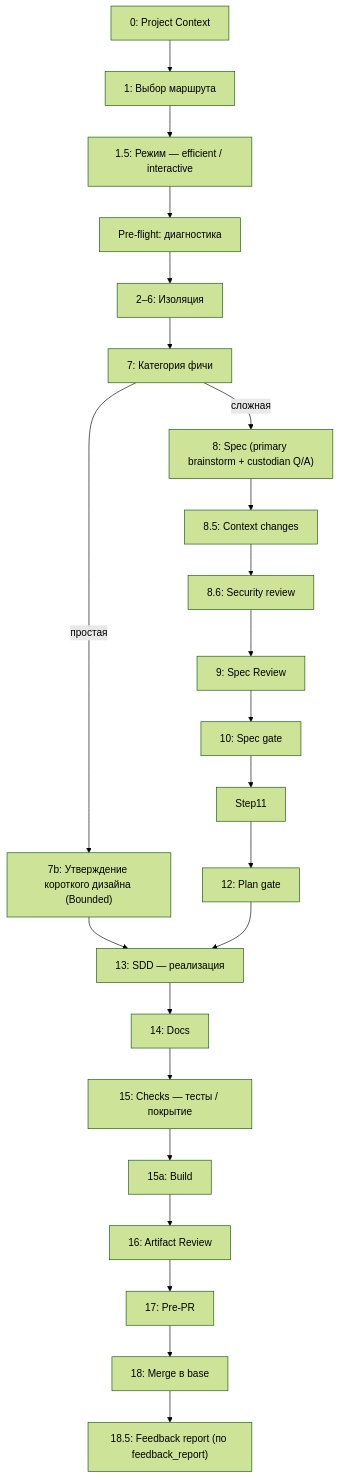
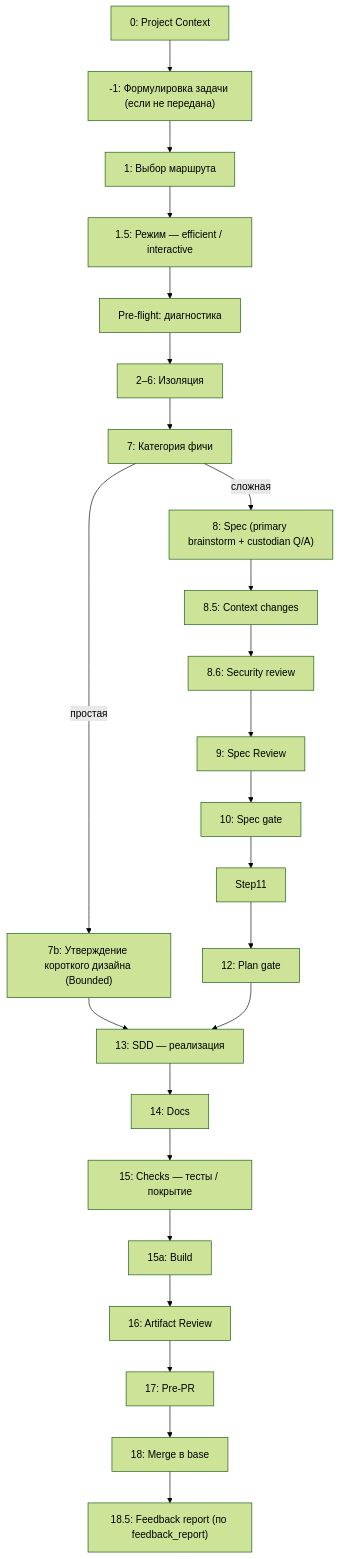
One commit to wad-jet/maestro changed the first of 2 diagrams in manual_docs/explanation/pipeline-overview.md. Above: the diagram before and after it, drawn with Mermaid (forest theme). The commit also changed other lines of this file and 1 other file, not shown here.

Commit message:
docs: обновить pipeline-overview и quick-start — учёт шага -1 (автогенерация задачи)

````diff
--- a/manual_docs/explanation/pipeline-overview.md
+++ b/manual_docs/explanation/pipeline-overview.md
@@ -82,28 +83,29 @@
 ```mermaid
 flowchart TB
-  Step0["0: Project Context"] --> Step1["1: Выбор маршрута"]
+  Step0["0: Project Context"] --> StepNeg1["-1: Формулировка задачи (если не передана)"]
+  StepNeg1 --> Step1["1: Выбор маршрута"]
   Step1 --> Step15["1.5: Режим — efficient / interactive"]
   Step15 --> Step2["Pre-flight: диагностика"]
   Step2 --> Step3_6["2–6: Изоляция"]
   Step3_6 --> Step7["7: Категория фичи"]
 
   Step7 -- сложная --> Step8["8: Spec (primary brainstorm + custodian Q/A)"]
   Step7 -- простая --> Step7b["7b: Утверждение короткого дизайна (Bounded)"]
   Step7b --> Step13["13: SDD — реализация"]
 
   Step8 --> Step85["8.5: Context changes"]
   Step85 --> Step86["8.6: Security review"]
   Step86 --> Step9["9: Spec Review"]
   Step9 --> Step10["10: Spec gate"]
   Step10 --> Step11
 
   Step11 --> Step12["12: Plan gate"]
   Step12 --> Step13["13: SDD — реализация"]
   Step13 --> Step14["14: Docs"]
   Step14 --> Step15a["15: Checks — тесты / покрытие"]
   Step15a --> Step15b["15a: Build"]
   Step15b --> Step16["16: Artifact Review"]
   Step16 --> Step17["17: Pre-PR"]
   Step17 --> Step18["18: Merge в base"]
   Step18 --> Step185["18.5: Feedback report (по feedback_report)"]
 ```
````
